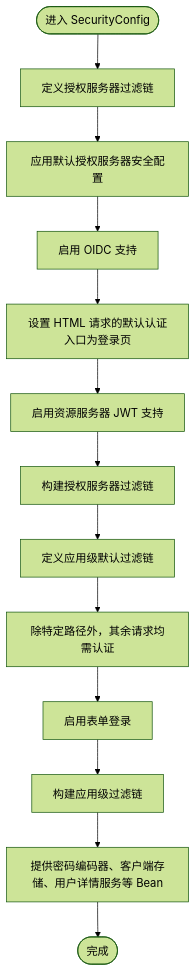
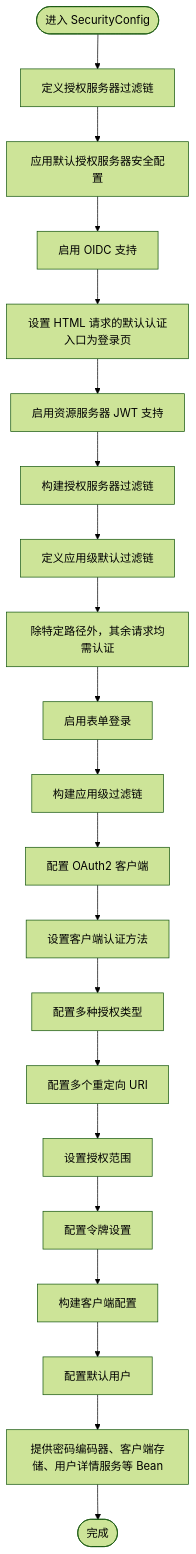
The third of 5 diagrams in .qoder/repowiki/zh/content/示例应用详解.md (hutengqi/molly), drawn with Mermaid (forest theme) before and after one commit. The commit also changed other lines of this file and 21 other files, not shown here.

````diff
--- a/.qoder/repowiki/zh/content/示例应用详解.md
+++ b/.qoder/repowiki/zh/content/示例应用详解.md
@@ -134,15 +139,23 @@
 ```mermaid
 flowchart TD
 Start(["进入 SecurityConfig"]) --> DefineAS["定义授权服务器过滤链"]
 DefineAS --> ApplyDefault["应用默认授权服务器安全配置"]
 ApplyDefault --> EnableOIDC["启用 OIDC 支持"]
 EnableOIDC --> SetEntryPoint["设置 HTML 请求的默认认证入口为登录页"]
 SetEntryPoint --> EnableJWT["启用资源服务器 JWT 支持"]
 EnableJWT --> BuildAS["构建授权服务器过滤链"]
 BuildAS --> DefineApp["定义应用级默认过滤链"]
 DefineApp --> RequireAuth["除特定路径外，其余请求均需认证"]
 RequireAuth --> FormLogin["启用表单登录"]
 FormLogin --> BuildApp["构建应用级过滤链"]
-BuildApp --> Beans["提供密码编码器、客户端存储、用户详情服务等 Bean"]
-Beans --> End(["完成"])
+BuildApp --> DefineClient["配置 OAuth2 客户端"]
+DefineClient --> ClientAuth["设置客户端认证方法"]
+ClientAuth --> GrantTypes["配置多种授权类型"]
+GrantTypes --> RedirectURIs["配置多个重定向 URI"]
+RedirectURIs --> Scopes["设置授权范围"]
+Scopes --> Tokens["配置令牌设置"]
+Tokens --> BuildClient["构建客户端配置"]
+BuildClient --> DefineUser["配置默认用户"]
+DefineUser --> ProvideBeans["提供密码编码器、客户端存储、用户详情服务等 Bean"]
+ProvideBeans --> End(["完成"])
 ```
````
